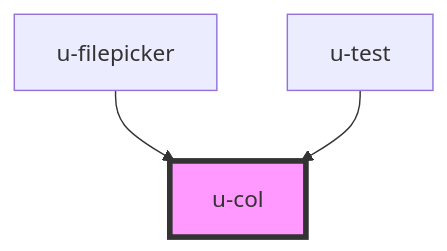
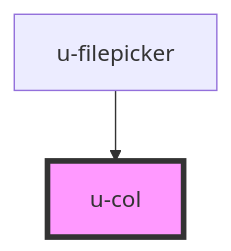
Before and after one commit to theUrbans/uniform: the diagram in src/components/u-col/readme.md, drawn with Mermaid. The commit also changed other lines of this file and 9 other files, not shown here.

````diff
--- a/src/components/u-col/readme.md
+++ b/src/components/u-col/readme.md
@@ -32,6 +31,5 @@
 ```mermaid
 graph TD;
   u-filepicker --> u-col
-  u-test --> u-col
   style u-col fill:#f9f,stroke:#333,stroke-width:4px
 ```
````
